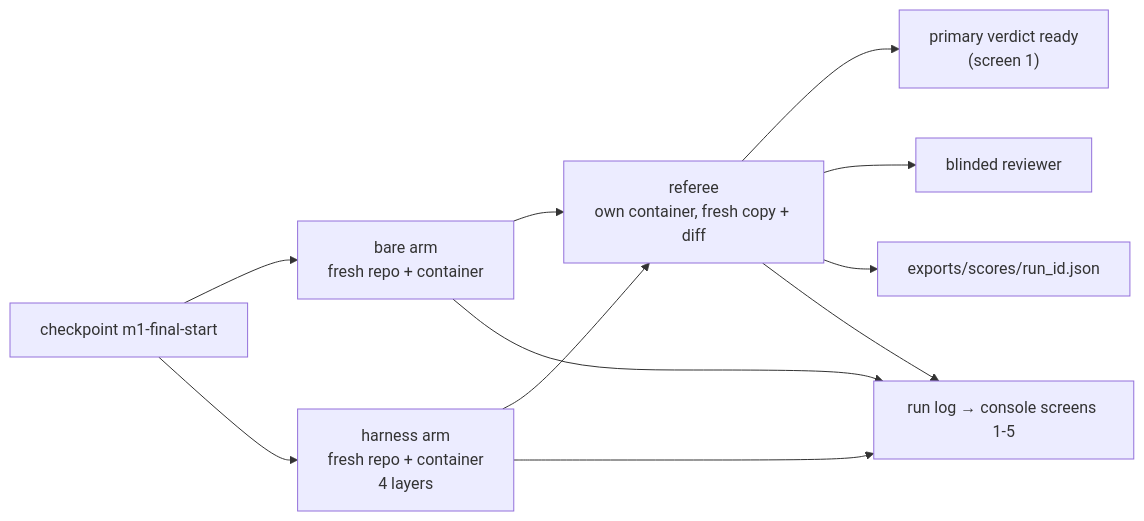
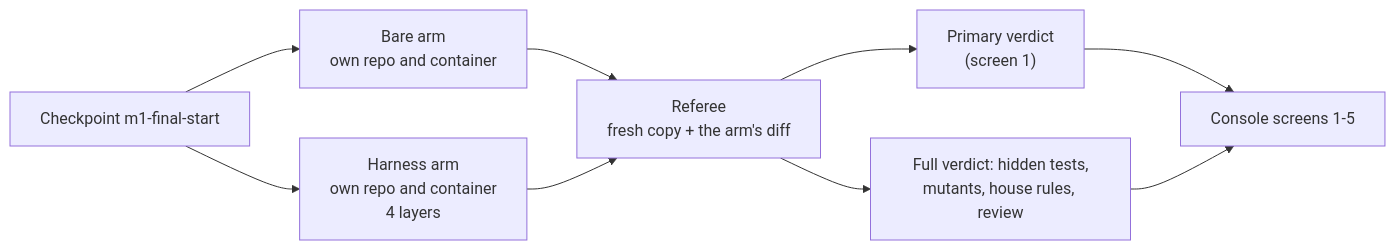
The diagram in final-project/README.md (ANI-IN/shipharness-dev), drawn with Mermaid before and after one commit. The commit also changed other lines of this file and 25 other files, not shown here.

````diff
--- a/final-project/README.md
+++ b/final-project/README.md
@@ -168,11 +49,11 @@
 ```mermaid
 flowchart LR
-  T["checkpoint m1-final-start"] --> B["bare arm<br/>fresh repo + container"]
-  T --> H["harness arm<br/>fresh repo + container<br/>4 layers"]
-  B --> R["referee<br/>own container, fresh copy + diff"]
+  T["Checkpoint m1-final-start"] --> B["Bare arm<br/>own repo and container"]
+  T --> H["Harness arm<br/>own repo and container<br/>4 layers"]
+  B --> R["Referee<br/>fresh copy + the arm's diff"]
   H --> R
-  R --> P["primary verdict ready<br/>(screen 1)"]
-  R --> V["blinded reviewer"]
-  R --> E["exports/scores/run_id.json"]
-  B & H & R --> C["run log → console screens 1-5"]
+  R --> P["Primary verdict<br/>(screen 1)"]
+  R --> F["Full verdict: hidden tests,<br/>mutants, house rules, review"]
+  P --> C["Console screens 1-5"]
+  F --> C
 ```
````
